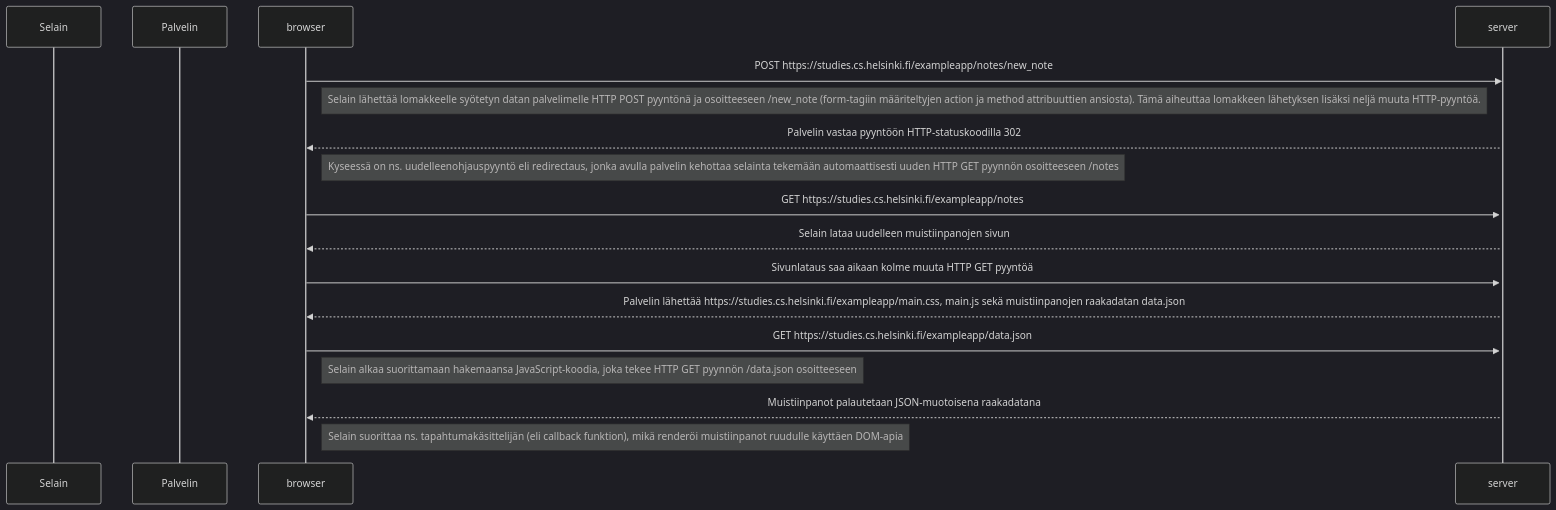
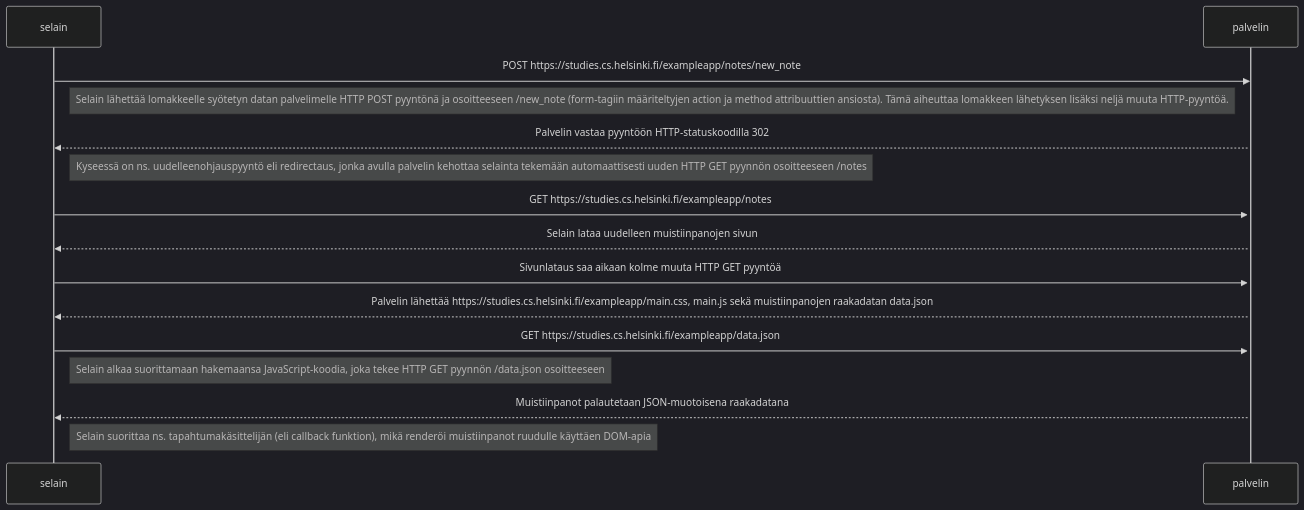
The diagram in osa0/0.4/uusimuistiinpano.md (superjunnu/fullstackopen), drawn with Mermaid (dark theme) before and after one commit.

````diff
--- a/osa0/0.4/uusimuistiinpano.md
+++ b/osa0/0.4/uusimuistiinpano.md
@@ -1,29 +1,29 @@
 ```mermaid
 sequenceDiagram
-    participant Selain
-    participant Palvelin
+    participant selain
+    participant palvelin
     
-    browser->>server: POST https://studies.cs.helsinki.fi/exampleapp/notes/new_note
+    selain->>palvelin: POST https://studies.cs.helsinki.fi/exampleapp/notes/new_note
 
-Note right of browser: Selain lähettää lomakkeelle syötetyn datan palvelimelle HTTP POST pyyntönä ja osoitteeseen /new_note (form-tagiin määriteltyjen action ja method attribuuttien ansiosta). Tämä aiheuttaa lomakkeen lähetyksen lisäksi neljä muuta HTTP-pyyntöä.
+Note right of selain: Selain lähettää lomakkeelle syötetyn datan palvelimelle HTTP POST pyyntönä ja osoitteeseen /new_note (form-tagiin määriteltyjen action ja method attribuuttien ansiosta). Tämä aiheuttaa lomakkeen lähetyksen lisäksi neljä muuta HTTP-pyyntöä.
 
-    activate server
-    server-->>browser: Palvelin vastaa pyyntöön HTTP-statuskoodilla 302
+    activate palvelin
+    palvelin-->>selain: Palvelin vastaa pyyntöön HTTP-statuskoodilla 302
 
-Note right of browser: Kyseessä on ns. uudelleenohjauspyyntö eli redirectaus, jonka avulla palvelin kehottaa selainta tekemään automaattisesti uuden HTTP GET pyynnön osoitteeseen /notes
+Note right of selain: Kyseessä on ns. uudelleenohjauspyyntö eli redirectaus, jonka avulla palvelin kehottaa selainta tekemään automaattisesti uuden HTTP GET pyynnön osoitteeseen /notes
 
-    browser->>server: GET https://studies.cs.helsinki.fi/exampleapp/notes
-    activate server
-    server-->>browser: Selain lataa uudelleen muistiinpanojen sivun
+    selain->>palvelin: GET https://studies.cs.helsinki.fi/exampleapp/notes
+    activate palvelin
+    palvelin-->>selain: Selain lataa uudelleen muistiinpanojen sivun
     
-    browser->>server: Sivunlataus saa aikaan kolme muuta HTTP GET pyyntöä
-    activate server
-    server-->>browser: Palvelin lähettää https://studies.cs.helsinki.fi/exampleapp/main.css, main.js sekä muistiinpanojen raakadatan data.json
+    selain->>palvelin: Sivunlataus saa aikaan kolme muuta HTTP GET pyyntöä
+    activate palvelin
+    palvelin-->>selain: Palvelin lähettää https://studies.cs.helsinki.fi/exampleapp/main.css, main.js sekä muistiinpanojen raakadatan data.json
  
-    browser->>server: GET https://studies.cs.helsinki.fi/exampleapp/data.json
-Note right of browser: Selain alkaa suorittamaan hakemaansa JavaScript-koodia, joka tekee HTTP GET pyynnön /data.json osoitteeseen
-    activate server
-    server-->>browser: Muistiinpanot palautetaan JSON-muotoisena raakadatana
+    selain->>palvelin: GET https://studies.cs.helsinki.fi/exampleapp/data.json
+Note right of selain: Selain alkaa suorittamaan hakemaansa JavaScript-koodia, joka tekee HTTP GET pyynnön /data.json osoitteeseen
+    activate palvelin
+    palvelin-->>selain: Muistiinpanot palautetaan JSON-muotoisena raakadatana
      
-Note right of browser: Selain suorittaa ns. tapahtumakäsittelijän (eli callback funktion), mikä renderöi muistiinpanot ruudulle käyttäen DOM-apia
+Note right of selain: Selain suorittaa ns. tapahtumakäsittelijän (eli callback funktion), mikä renderöi muistiinpanot ruudulle käyttäen DOM-apia
 ```
````
